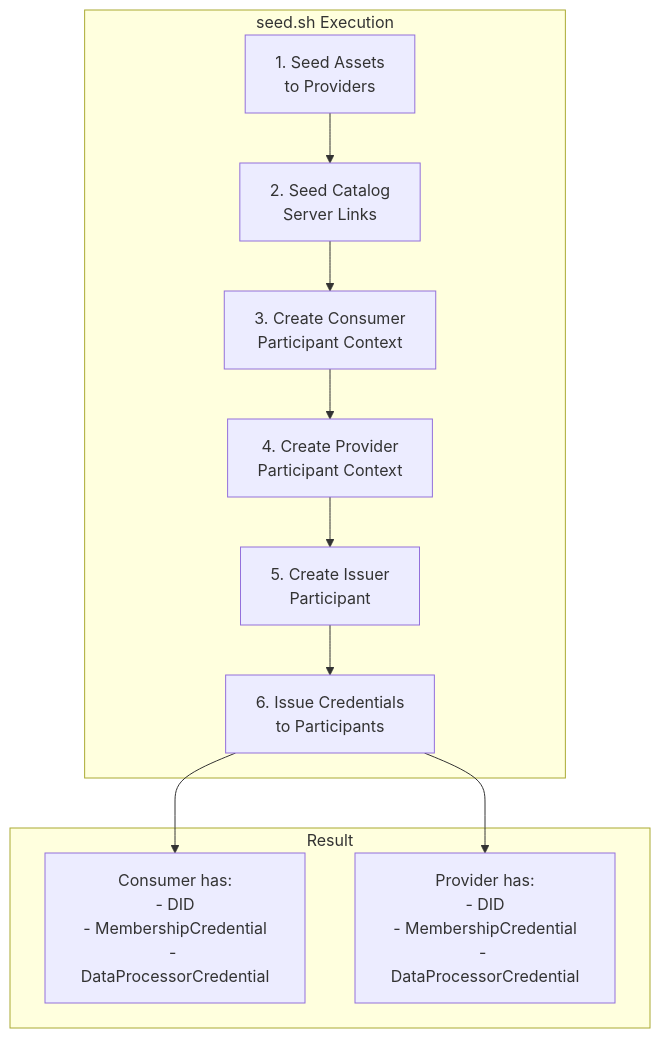
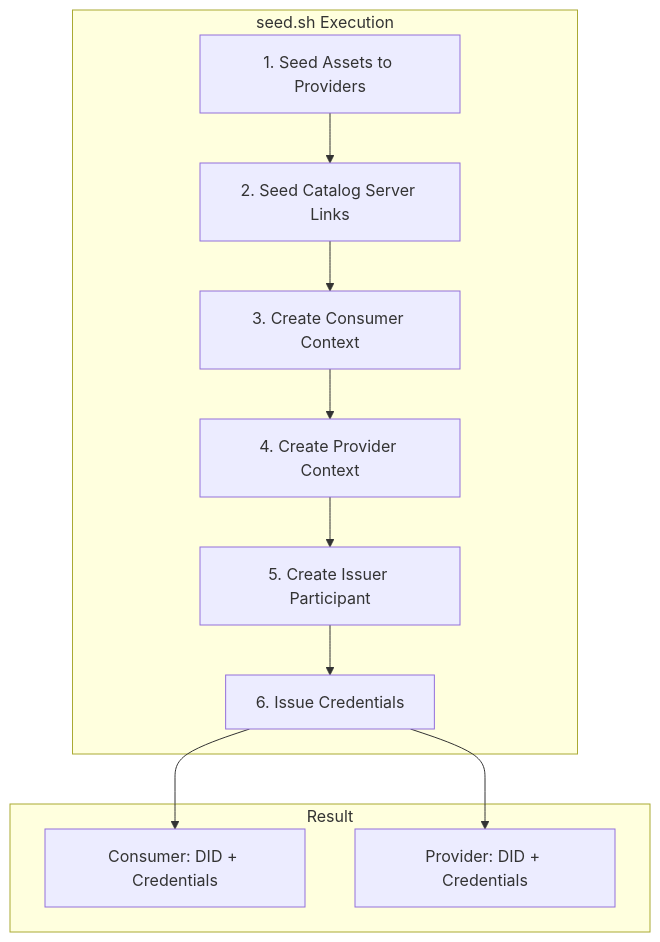
Before and after one commit to ma3u/MinimumViableDataspace: the sixth of 8 diagrams in AEROSPACE-DEMO-README.md, drawn with Mermaid. The commit also changed other lines of this file, not shown here.

Commit message:
fix: Remove all newline characters from Mermaid diagram labels

````diff
--- a/AEROSPACE-DEMO-README.md
+++ b/AEROSPACE-DEMO-README.md
@@ -408,21 +408,21 @@
 ```mermaid
 flowchart TB
     subgraph Seed["seed.sh Execution"]
-        S1["1. Seed Assets\nto Providers"]
-        S2["2. Seed Catalog\nServer Links"]
-        S3["3. Create Consumer\nParticipant Context"]
-        S4["4. Create Provider\nParticipant Context"]
-        S5["5. Create Issuer\nParticipant"]
-        S6["6. Issue Credentials\nto Participants"]
+        S1["1. Seed Assets to Providers"]
+        S2["2. Seed Catalog Server Links"]
+        S3["3. Create Consumer Context"]
+        S4["4. Create Provider Context"]
+        S5["5. Create Issuer Participant"]
+        S6["6. Issue Credentials"]
     end
     
     S1 --> S2 --> S3 --> S4 --> S5 --> S6
     
     subgraph Result["Result"]
-        R1["Consumer has:\n- DID\n- MembershipCredential\n- DataProcessorCredential"]
-        R2["Provider has:\n- DID\n- MembershipCredential\n- DataProcessorCredential"]
+        R1["Consumer: DID + Credentials"]
+        R2["Provider: DID + Credentials"]
     end
     
     S6 --> R1
     S6 --> R2
 ```
````
